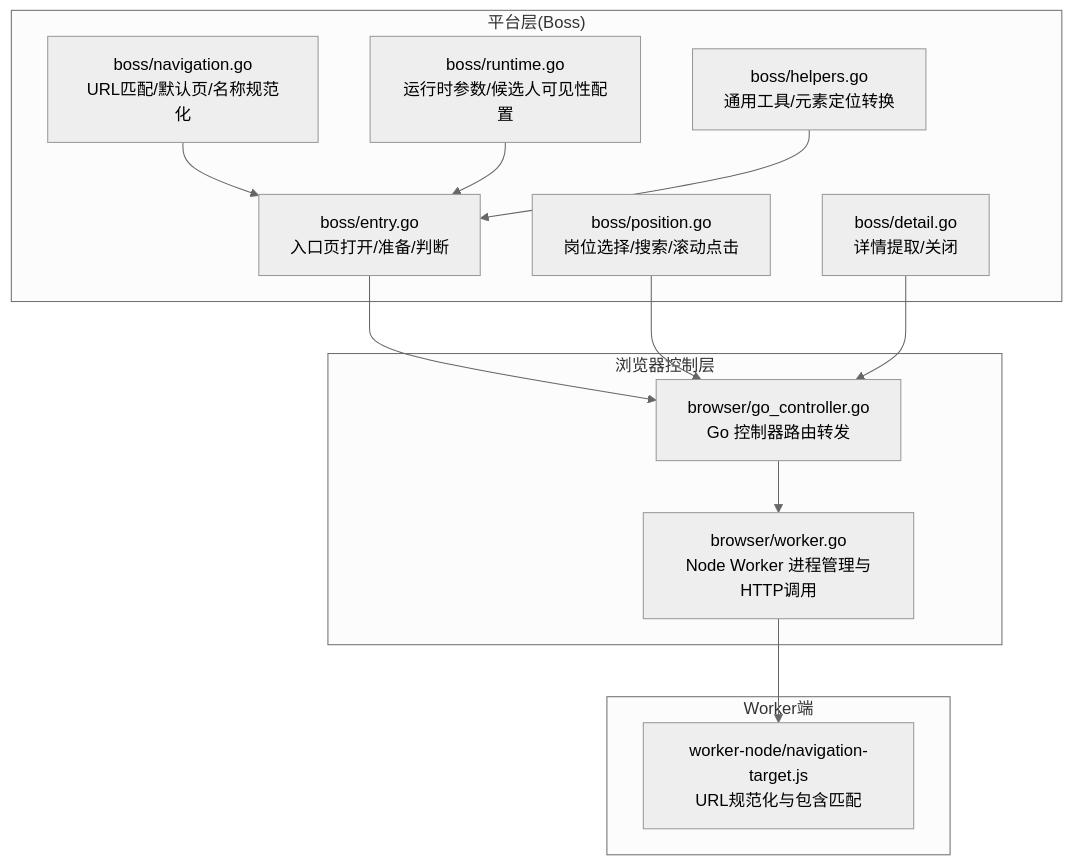
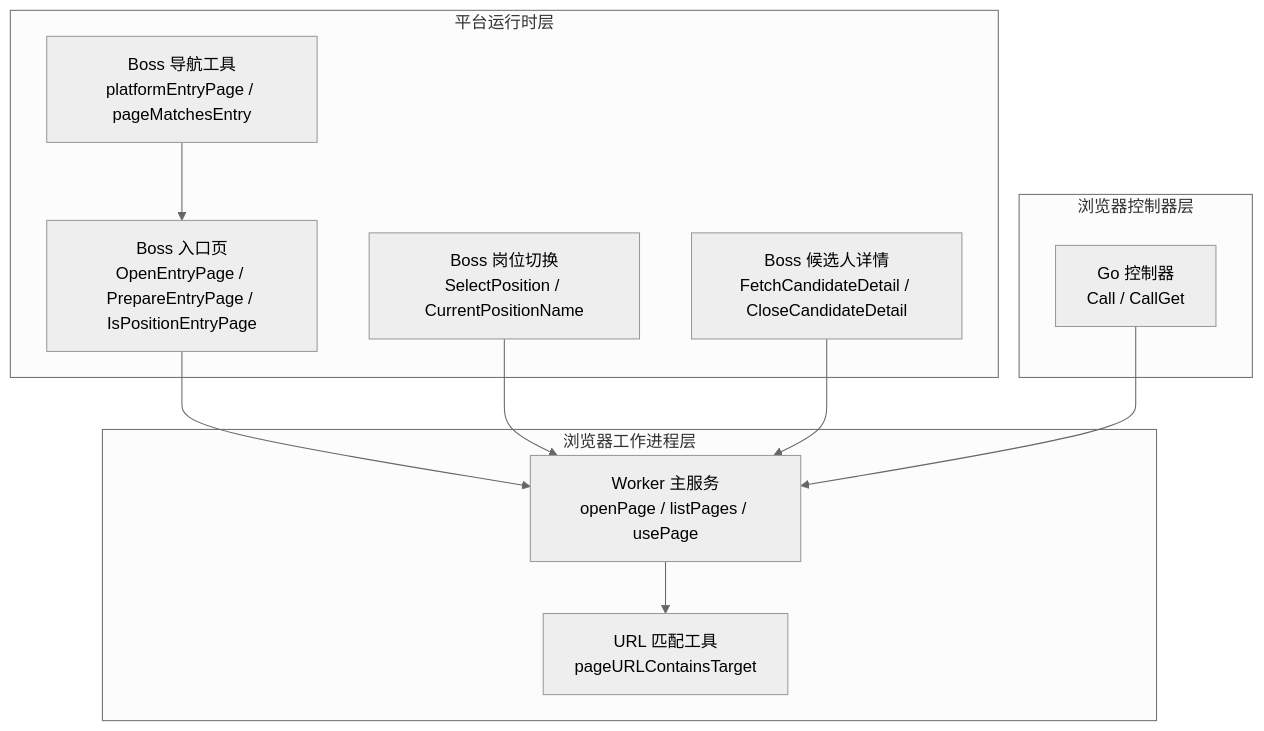
One commit to alvinwangzi/goodhr changed the first of 8 diagrams in .qoder/repowiki/zh/content/本地执行器/平台适配器/Boss直聘适配器/页面导航控制.md. Above: the diagram before and after it, drawn with Mermaid (neutral theme). The commit also changed other lines of this file and 149 other files, not shown here.

````diff
--- a/.qoder/repowiki/zh/content/本地执行器/平台适配器/Boss直聘适配器/页面导航控制.md
+++ b/.qoder/repowiki/zh/content/本地执行器/平台适配器/Boss直聘适配器/页面导航控制.md
@@ -36,26 +41,22 @@
 ```mermaid
 graph TB
-subgraph "平台层(Boss)"
-B1["boss/entry.go<br/>入口页打开/准备/判断"]
-B2["boss/position.go<br/>岗位选择/搜索/滚动点击"]
-B3["boss/detail.go<br/>详情提取/关闭"]
-B4["boss/navigation.go<br/>URL匹配/默认页/名称规范化"]
-B5["boss/runtime.go<br/>运行时参数/候选人可见性配置"]
-B6["boss/helpers.go<br/>通用工具/元素定位转换"]
+subgraph "平台运行时层"
+BEntry["Boss 入口页<br/>OpenEntryPage / PrepareEntryPage / IsPositionEntryPage"]
+BPos["Boss 岗位切换<br/>SelectPosition / CurrentPositionName"]
+BDetail["Boss 候选人详情<br/>FetchCandidateDetail / CloseCandidateDetail"]
+BNav["Boss 导航工具<br/>platformEntryPage / pageMatchesEntry"]
 end
-subgraph "浏览器控制层"
-C1["browser/go_controller.go<br/>Go 控制器路由转发"]
-C2["browser/worker.go<br/>Node Worker 进程管理与HTTP调用"]
+subgraph "浏览器工作进程层"
+WIndex["Worker 主服务<br/>openPage / listPages / usePage"]
+WNavTarget["URL 匹配工具<br/>pageURLContainsTarget"]
 end
-subgraph "Worker端"
-W1["worker-node/navigation-target.js<br/>URL规范化与包含匹配"]
+subgraph "浏览器控制器层"
+GCtrl["Go 控制器<br/>Call / CallGet"]
 end
-B1 --> C1
-B2 --> C1
-B3 --> C1
-B4 --> B1
-B5 --> B1
-B6 --> B1
-C1 --> C2
-C2 --> W1
+BEntry --> WIndex
+BPos --> WIndex
+BDetail --> WIndex
+BNav --> BEntry
+WIndex --> WNavTarget
+GCtrl --> WIndex
 ```
````
